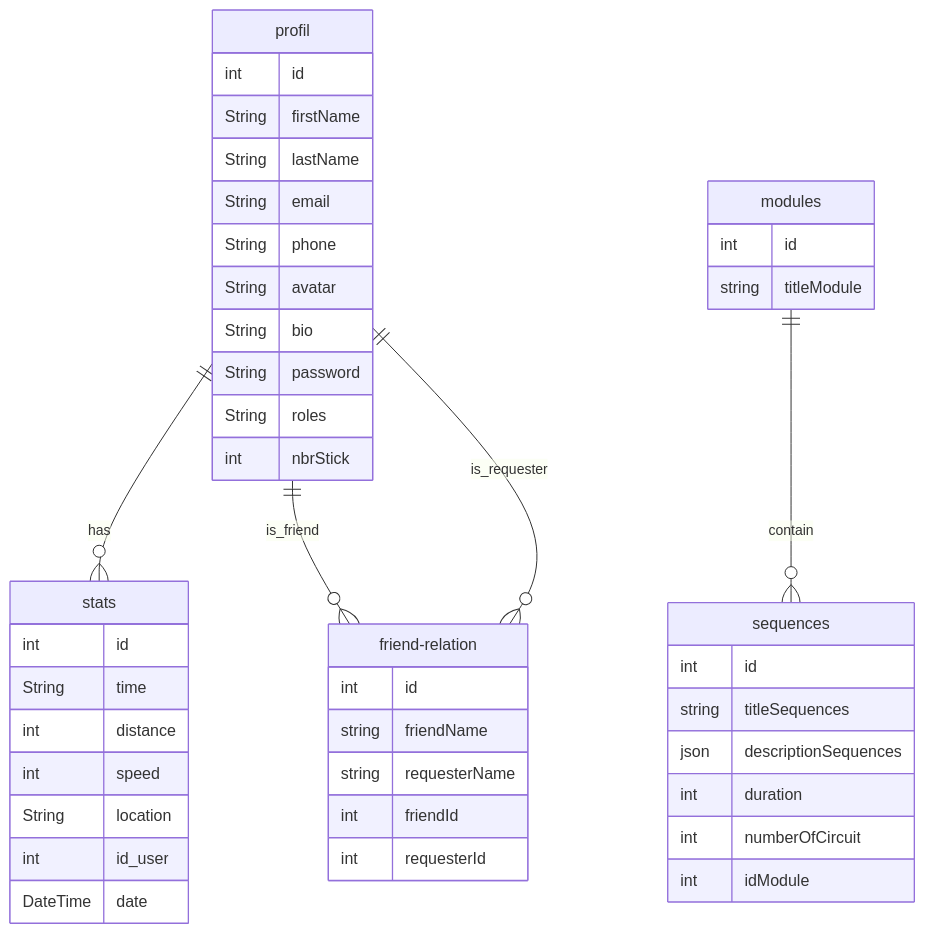
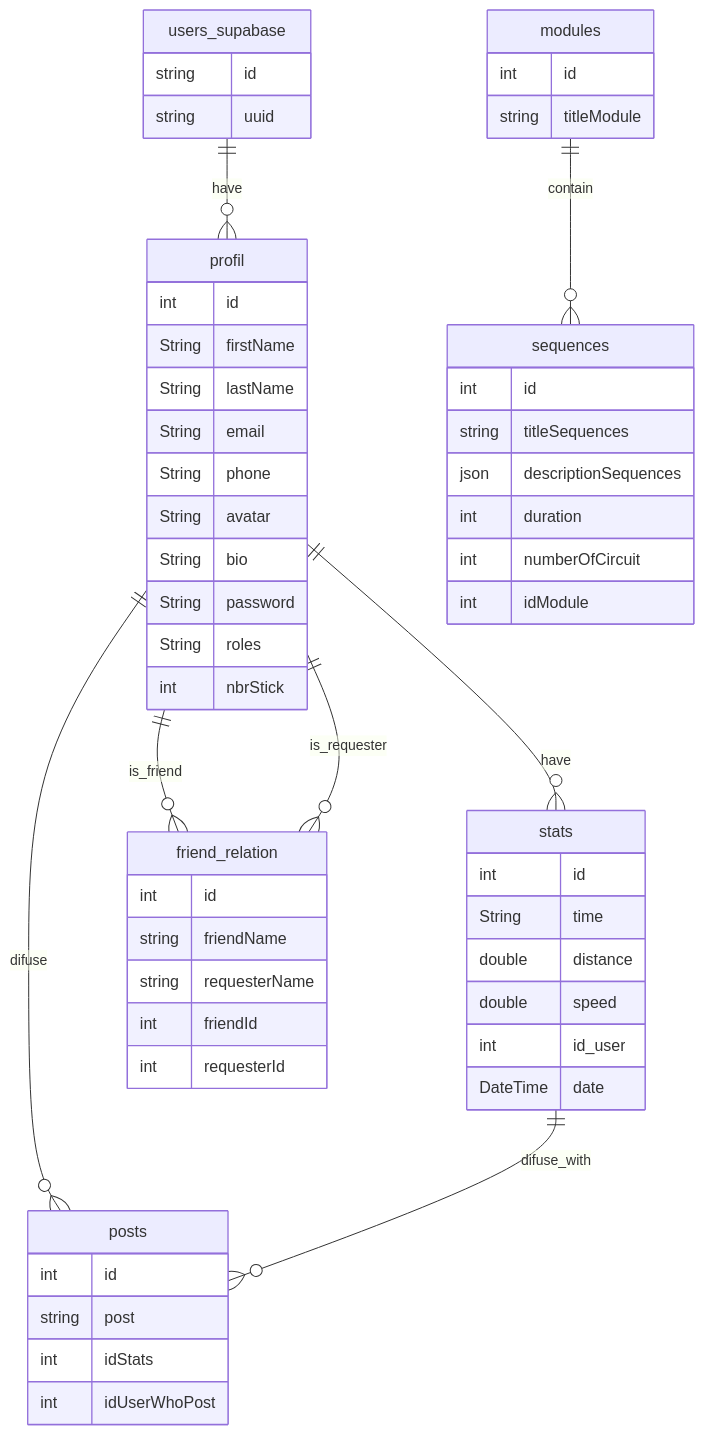
The diagram in lib/docs/bdd.md (seb-mlrd/wombat-tracker), drawn with Mermaid before and after one commit. The commit also changed 13 other files, not shown here.

````diff
--- a/lib/docs/bdd.md
+++ b/lib/docs/bdd.md
@@ -1,47 +1,59 @@
 ```mermaid
 erDiagram
-    profil ||--o{ stats : has
-    profil ||--o{ friend-relation : is_friend
-    profil ||--o{ friend-relation : is_requester
+    profil ||--o{ stats : have
+    profil ||--o{ friend_relation : is_friend
+    profil ||--o{ friend_relation : is_requester
     modules ||--o{ sequences : contain
+    profil ||--o{ posts : difuse
+    stats ||--o{ posts : difuse_with
+    users_supabase ||--o{ profil : have
+    users_supabase{
+        string id
+        string uuid
+    }
     profil {
         int id
         String firstName
         String lastName
         String email
         String phone
         String avatar
         String bio
         String password
         String roles
         int nbrStick
     }
     stats {
         int id
         String time
-        int distance
-        int speed
-        String location
+        double distance
+        double speed
         int id_user
         DateTime date
     }
-    friend-relation {
+    friend_relation {
         int id
         string friendName
         string requesterName
         int friendId
         int requesterId
+    }
+    posts{
+        int id
+        string post
+        int idStats
+        int idUserWhoPost
     }
     sequences{
         int id 
         string titleSequences
         json descriptionSequences
         int duration
         int numberOfCircuit 
         int idModule
     }
     modules{
         int id
         string titleModule
     }
 ```
````
